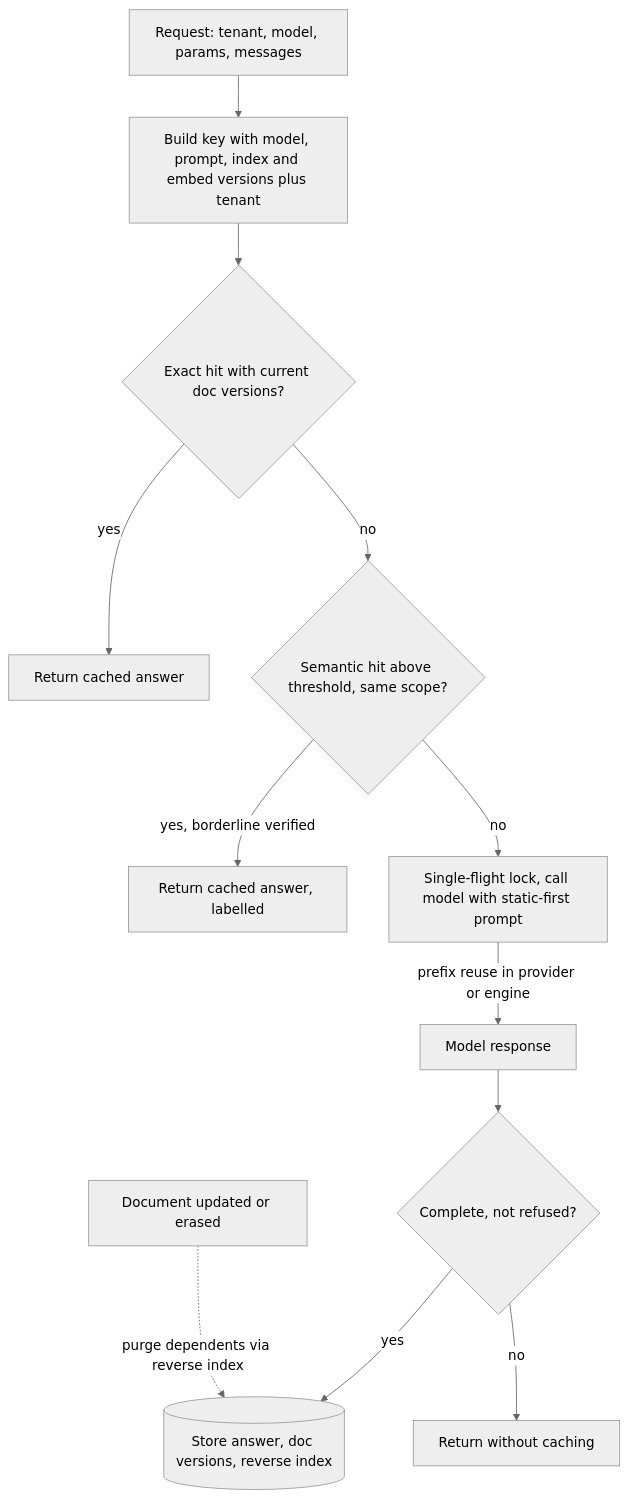
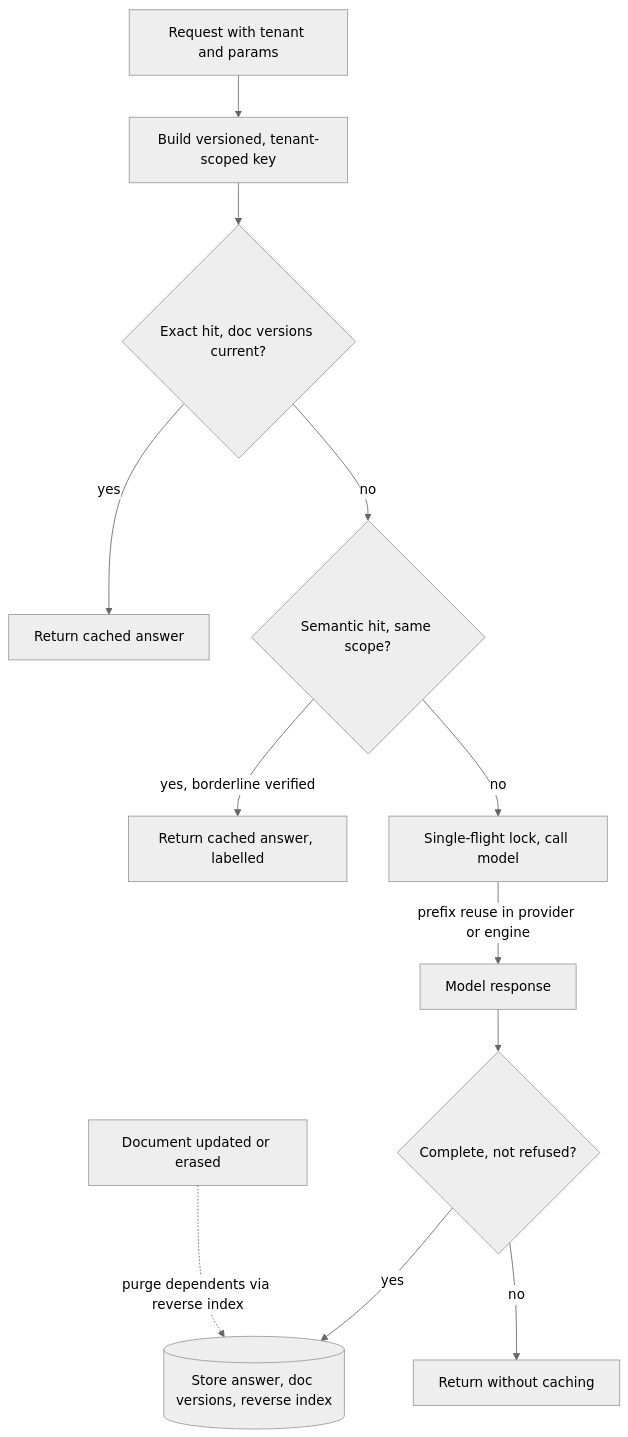
The diagram in content/system-design/caching-strategy-and-cache-invalidation.md (lovishmahajan97/agentic-learning), drawn with Mermaid (neutral theme) before and after one commit. The commit also changed other lines of this file and 454 other files, not shown here.

````diff
--- a/content/system-design/caching-strategy-and-cache-invalidation.md
+++ b/content/system-design/caching-strategy-and-cache-invalidation.md
@@ -180,14 +182,14 @@
 ```mermaid
 flowchart TD
-    Q["Request: tenant, model, params, messages"] --> K["Build key with model, prompt, index and embed versions plus tenant"]
-    K --> E{"Exact hit with current doc versions?"}
+    Q["Request with tenant and params"] --> K["Build versioned, tenant-scoped key"]
+    K --> E{"Exact hit, doc versions current?"}
     E -->|"yes"| R1["Return cached answer"]
-    E -->|"no"| S{"Semantic hit above threshold, same scope?"}
+    E -->|"no"| S{"Semantic hit, same scope?"}
     S -->|"yes, borderline verified"| R2["Return cached answer, labelled"]
-    S -->|"no"| L["Single-flight lock, call model with static-first prompt"]
+    S -->|"no"| L["Single-flight lock, call model"]
     L -->|"prefix reuse in provider or engine"| M["Model response"]
     M --> C{"Complete, not refused?"}
     C -->|"yes"| W[("Store answer, doc versions, reverse index")]
     C -->|"no"| R3["Return without caching"]
     D["Document updated or erased"] -.->|"purge dependents via reverse index"| W
 ```
````
